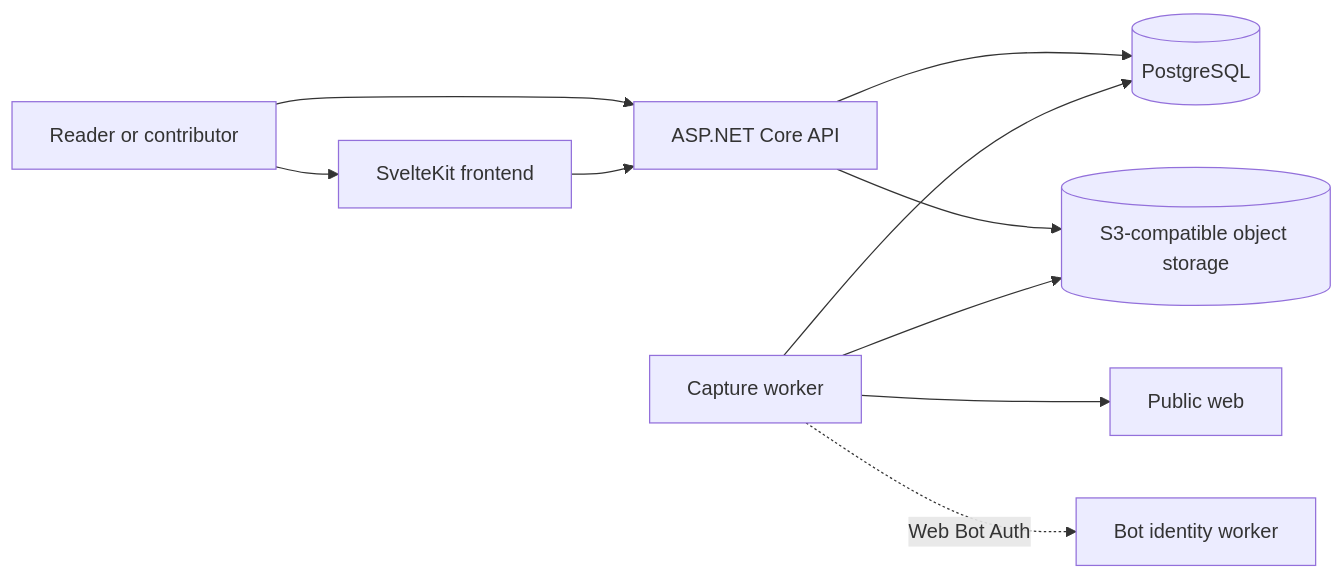
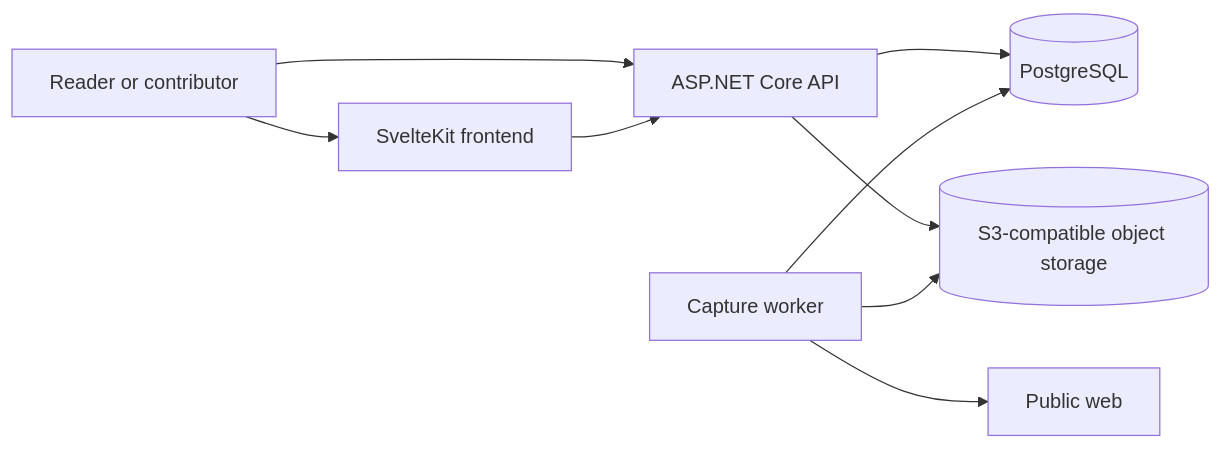
The first of 2 diagrams in docs/architecture.md (schmolldechse/archive), drawn with Mermaid before and after one commit. The commit also changed other lines of this file and 25 other files, not shown here.

First line of the commit message:
refactor: remove bot identity and robots enforcement (#10)

````diff
--- a/docs/architecture.md
+++ b/docs/architecture.md
@@ -7,12 +7,11 @@
 ```mermaid
 flowchart LR
     Person[Reader or contributor] --> Frontend[SvelteKit frontend]
     Person --> API[ASP.NET Core API]
     Frontend --> API
     API --> Database[(PostgreSQL)]
     API --> Objects[(S3-compatible object storage)]
     Worker[Capture worker] --> Database
     Worker --> Objects
     Worker --> Web[Public web]
-    Worker -. Web Bot Auth .-> Identity[Bot identity worker]
 ```
````
